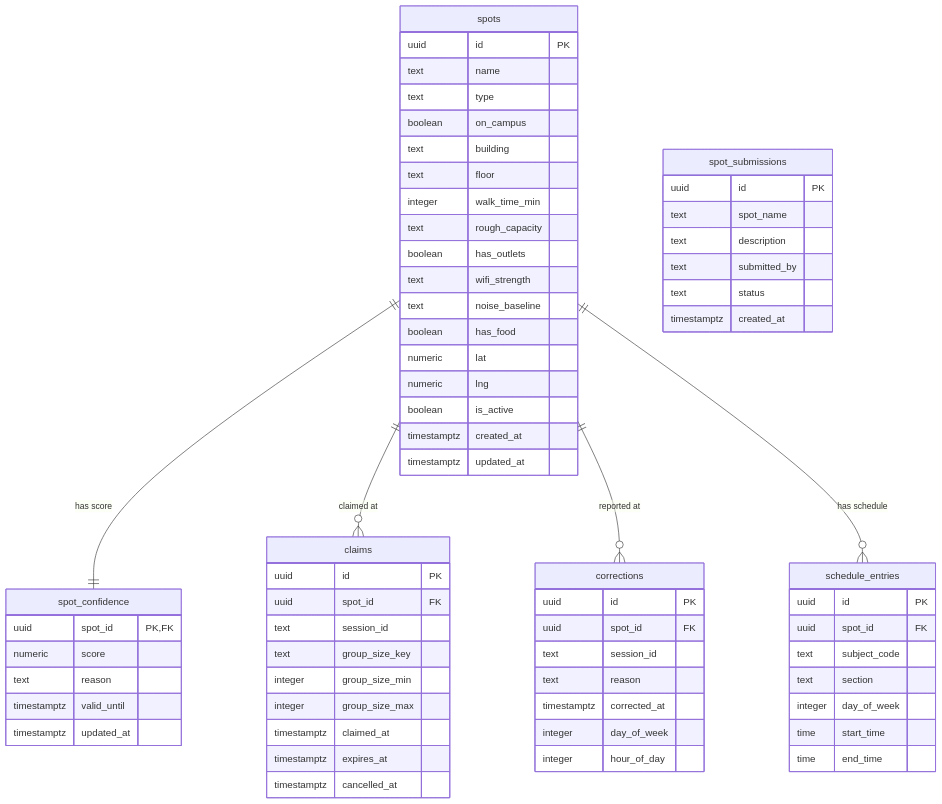
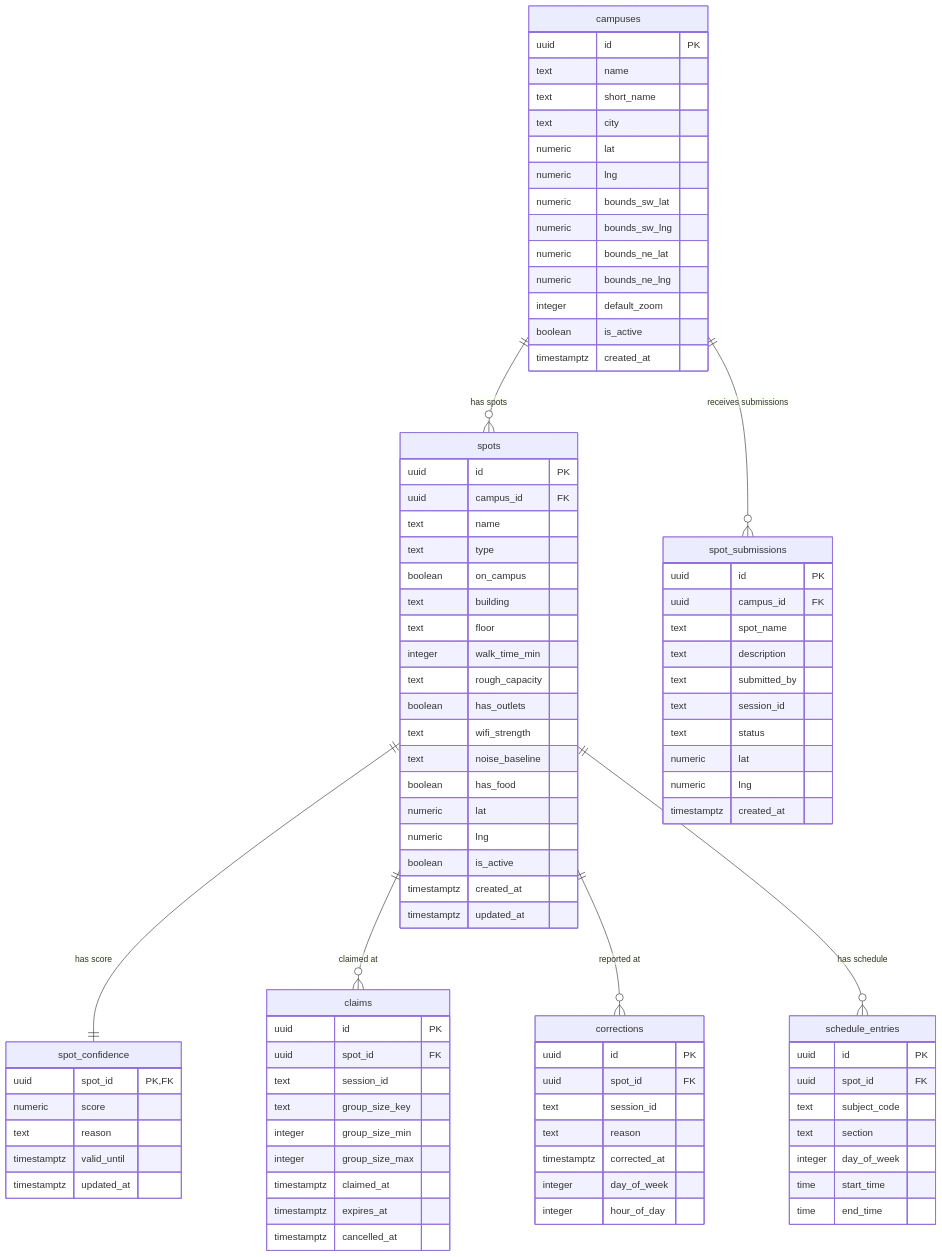
Before and after one commit to Nesqyk/perch: the diagram in supabase/SCHEMA.md, drawn with Mermaid. The commit also changed other lines of this file and 22 other files, not shown here.

Commit message:
feat(map): implement multi-campus bounds, user spot submissions, and UI group fixes

````diff
--- a/supabase/SCHEMA.md
+++ b/supabase/SCHEMA.md
@@ -3,7 +3,24 @@
 ```mermaid
 erDiagram
+    campuses {
+        uuid id PK
+        text name
+        text short_name
+        text city
+        numeric lat
+        numeric lng
+        numeric bounds_sw_lat
+        numeric bounds_sw_lng
+        numeric bounds_ne_lat
+        numeric bounds_ne_lng
+        integer default_zoom
+        boolean is_active
+        timestamptz created_at
+    }
+
     spots {
         uuid id PK
+        uuid campus_id FK
         text name
         text type
         boolean on_campus
@@ -64,13 +81,19 @@
 
     spot_submissions {
         uuid id PK
+        uuid campus_id FK
         text spot_name
         text description
         text submitted_by
+        text session_id
         text status
+        numeric lat
+        numeric lng
         timestamptz created_at
     }
 
+    campuses ||--o{ spots : "has spots"
+    campuses ||--o{ spot_submissions : "receives submissions"
     spots ||--|| spot_confidence : "has score"
     spots ||--o{ claims : "claimed at"
     spots ||--o{ corrections : "reported at"
````
